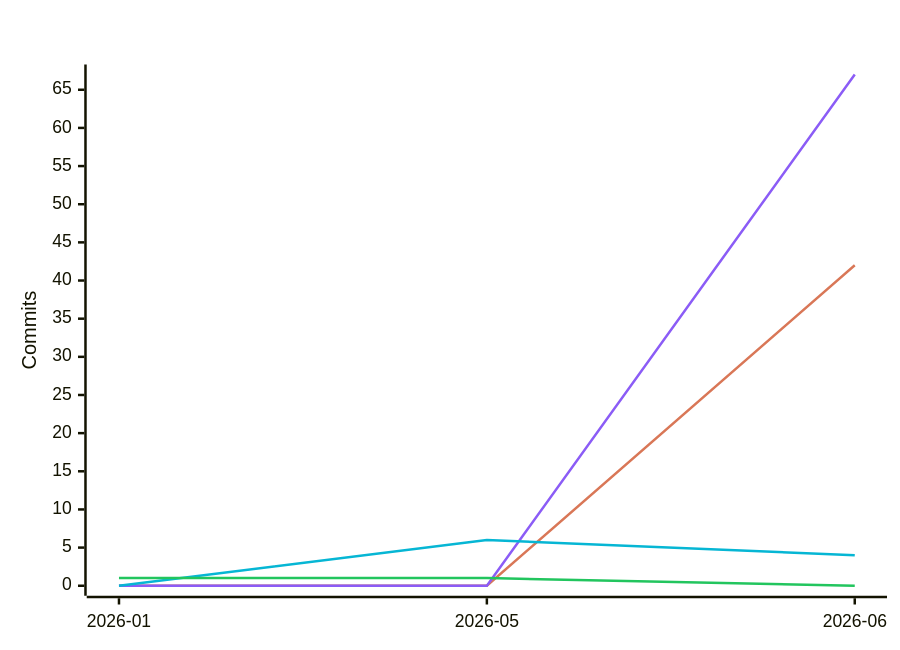
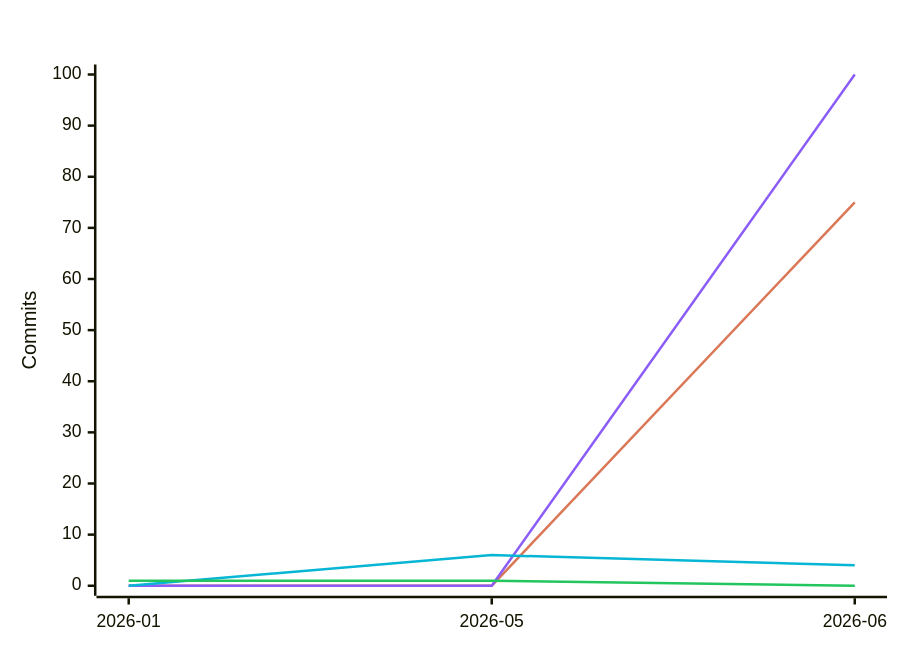
One commit to polo-nyan/polo-nyan changed the fifth of 7 diagrams in README.md. Above: the diagram before and after it, drawn with Mermaid. The commit also changed other lines of this file and 1 other file, not shown here.

````diff
--- a/README.md
+++ b/README.md
@@ -265,11 +265,11 @@
 ```mermaid
 %%{init: {"xyChart": {"titleColor": "#ffffff", "xAxisLabelColor": "#ffffff", "yAxisLabelColor": "#ffffff"}, "themeVariables": {"xyChart": {"titleColor": "#ffffff", "plotColorPalette": "#d97757, #8b5cf6, #06b6d4, #22c55e, #f59e0b, #ec4899"}}}}%%
 xychart-beta
     title "Commits Per Month by Model Family"
     x-axis ["2026-01", "2026-05", "2026-06"]
     y-axis "Commits"
-    line [0, 0, 42]
-    line [0, 0, 67]
+    line [0, 0, 75]
+    line [0, 0, 100]
     line [0, 6, 4]
     line [1, 1, 0]
 ```
````
